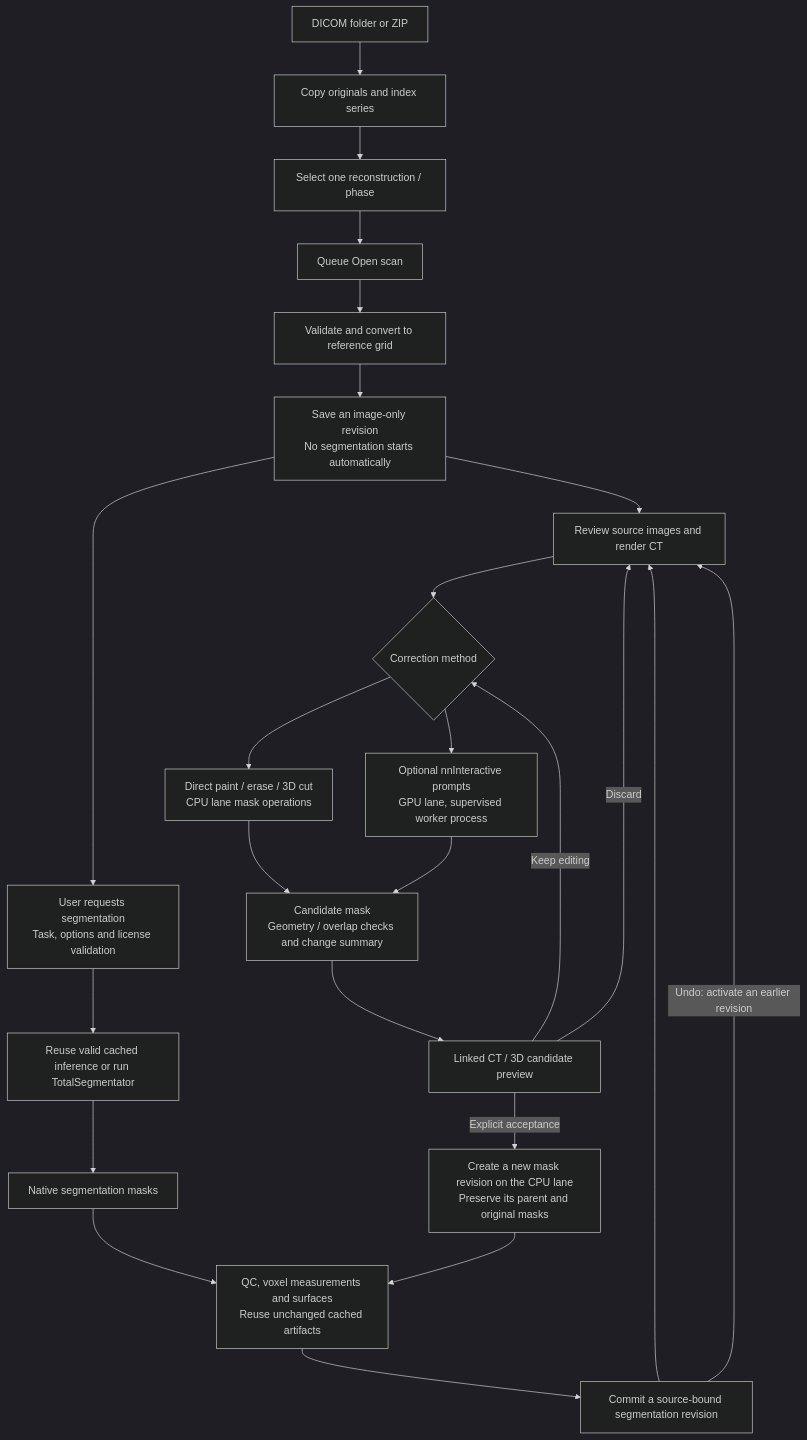
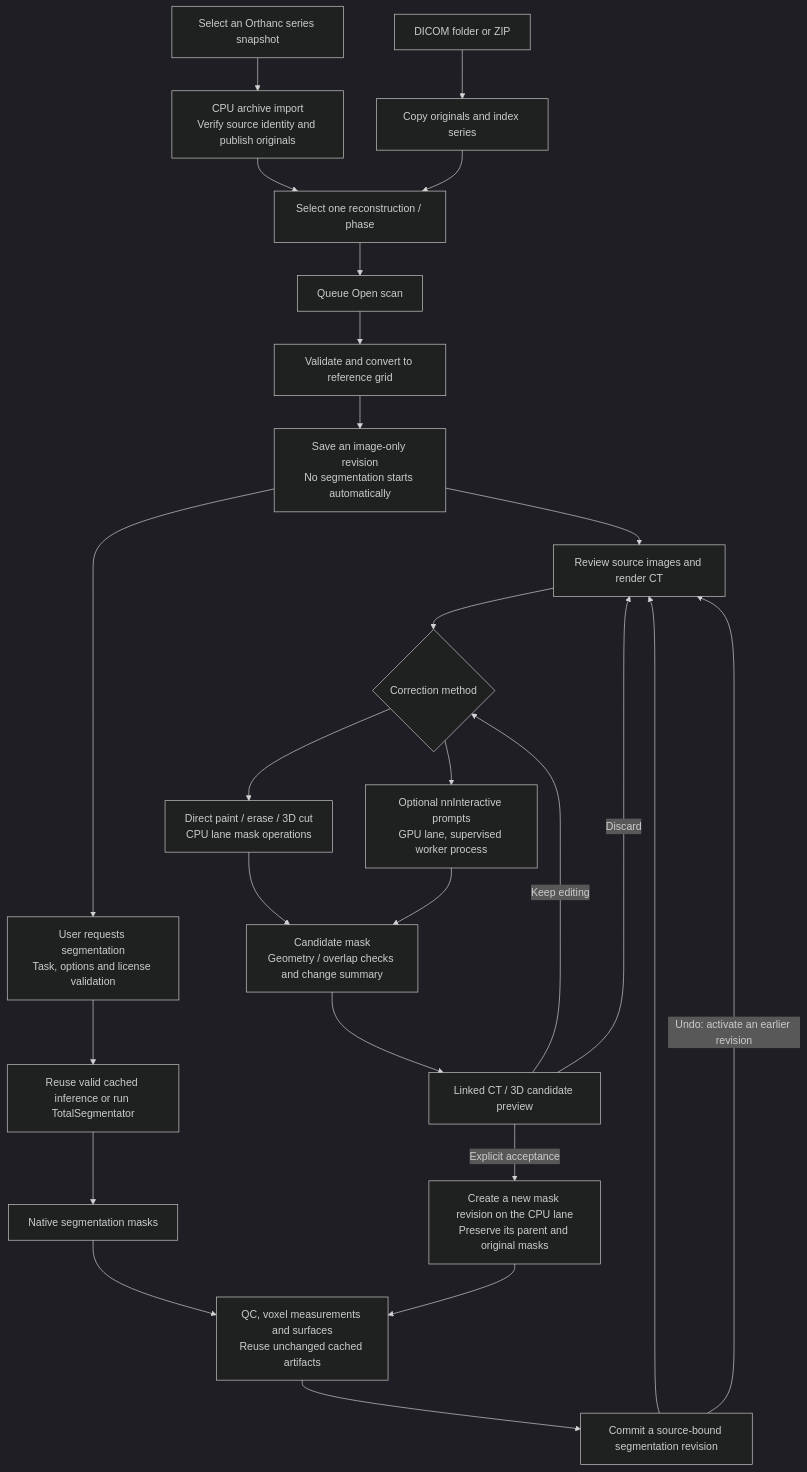
One commit to Truth129/3DScan changed the second of 3 diagrams in docs/ARCHITECTURE.md. Above: the diagram before and after it, drawn with Mermaid (dark theme). The commit also changed other lines of this file and 3 other files, not shown here.

````diff
--- a/docs/ARCHITECTURE.md
+++ b/docs/ARCHITECTURE.md
@@ -192,27 +219,29 @@
 ```mermaid
 flowchart TD
   INPUT["DICOM folder or ZIP"] --> IMPORT["Copy originals and index series"]
+  ARCHIVE["Select an Orthanc series snapshot"] --> COPY["CPU archive import<br/>Verify source identity and publish originals"]
+  COPY --> SELECT
   IMPORT --> SELECT["Select one reconstruction / phase"]
   SELECT --> OPEN["Queue Open scan"]
   OPEN --> CONVERT["Validate and convert to reference grid"]
   CONVERT --> IMAGE["Save an image-only revision<br/>No segmentation starts automatically"]
   IMAGE --> VIEW["Review source images and render CT"]
   IMAGE --> REQUEST["User requests segmentation<br/>Task, options and license validation"]
   REQUEST --> INFER["Reuse valid cached inference or run TotalSegmentator"]
   INFER --> MASKS["Native segmentation masks"]
   MASKS --> ARTIFACTS["QC, voxel measurements and surfaces<br/>Reuse unchanged cached artifacts"]
   ARTIFACTS --> SAVE["Commit a source-bound segmentation revision"]
   SAVE --> VIEW
 
   VIEW --> METHOD{"Correction method"}
   METHOD --> DIRECT["Direct paint / erase / 3D cut<br/>CPU lane mask operations"]
   METHOD --> AI["Optional nnInteractive prompts<br/>GPU lane, supervised worker process"]
   DIRECT --> CANDIDATE["Candidate mask<br/>Geometry / overlap checks and change summary"]
   AI --> CANDIDATE
   CANDIDATE --> PREVIEW["Linked CT / 3D candidate preview"]
   PREVIEW -->|"Keep editing"| METHOD
   PREVIEW -->|"Discard"| VIEW
   PREVIEW -->|"Explicit acceptance"| NEW["Create a new mask revision on the CPU lane<br/>Preserve its parent and original masks"]
   NEW --> ARTIFACTS
   SAVE -->|"Undo: activate an earlier revision"| VIEW
 ```
````
